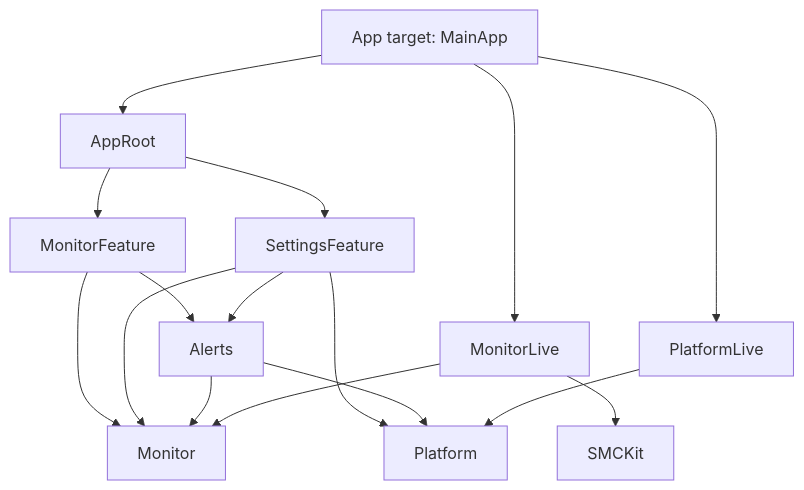
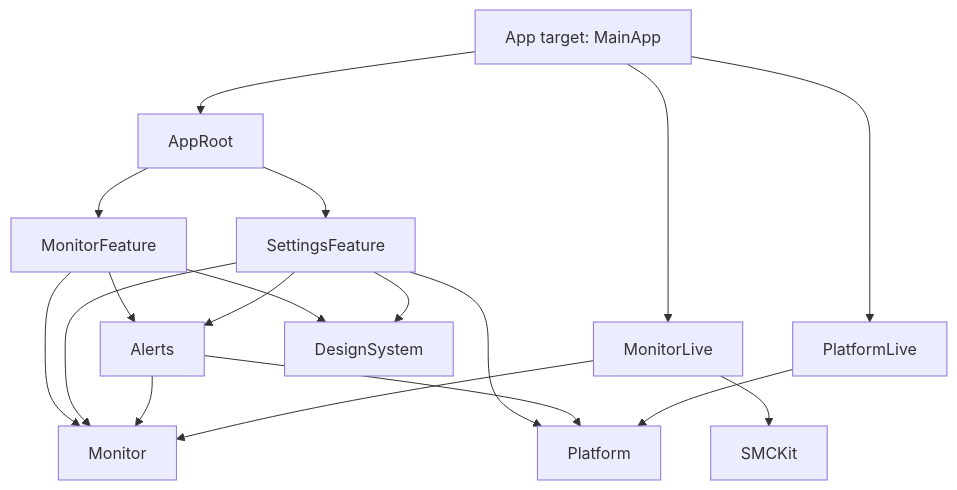
Before and after one commit to chengzi-io/macos-swiftui-spm-template: the second of 5 diagrams in docs/ARCHITECTURE.md, drawn with Mermaid. The commit also changed other lines of this file and 2 other files, not shown here.

Commit message:
docs: put the app's look in DesignSystem

````diff
--- a/docs/ARCHITECTURE.md
+++ b/docs/ARCHITECTURE.md
@@ -77,18 +78,20 @@
 ```mermaid
 flowchart TB
     App["App target: MainApp"] --> AppRoot
     App --> MonitorLive
     App --> PlatformLive
     AppRoot --> MonitorFeature
     AppRoot --> SettingsFeature
     MonitorFeature --> Monitor
     MonitorFeature --> Alerts
     SettingsFeature --> Monitor
     SettingsFeature --> Alerts
     SettingsFeature --> Platform
+    MonitorFeature --> DesignSystem
+    SettingsFeature --> DesignSystem
     Alerts --> Monitor
     Alerts --> Platform
     MonitorLive --> Monitor
     MonitorLive --> SMCKit
     PlatformLive --> Platform
 ```
````
